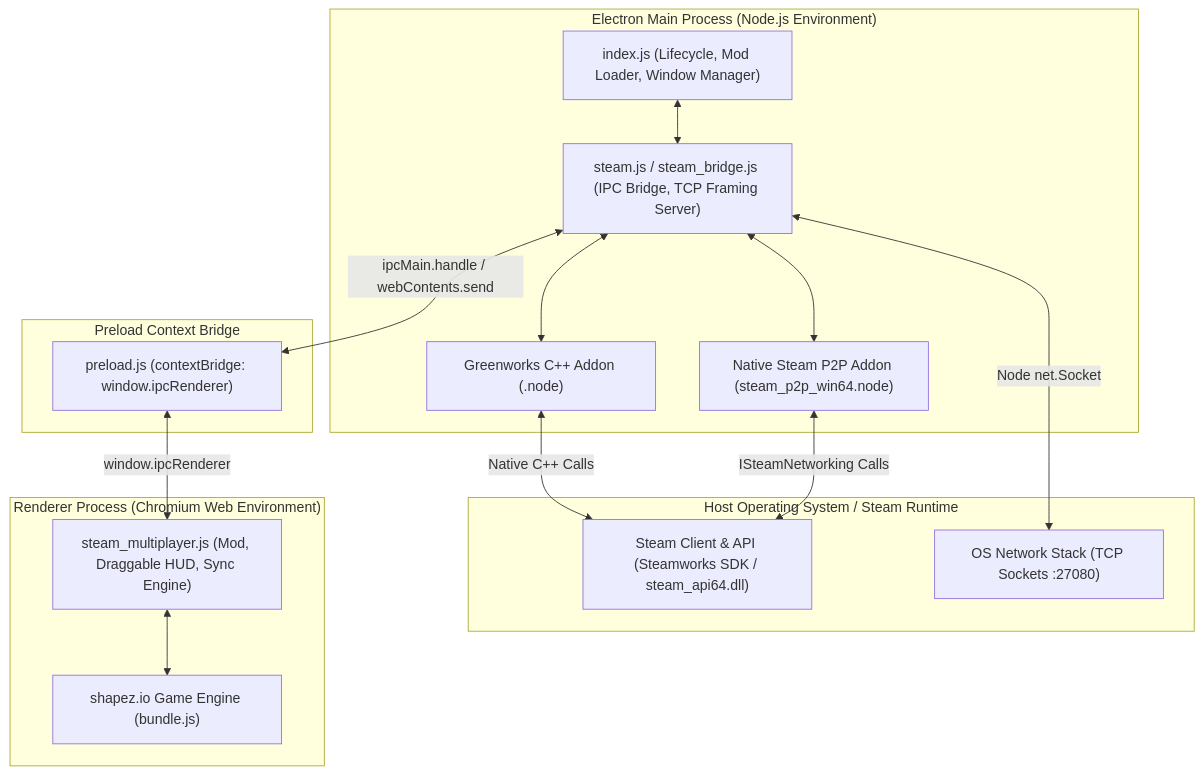
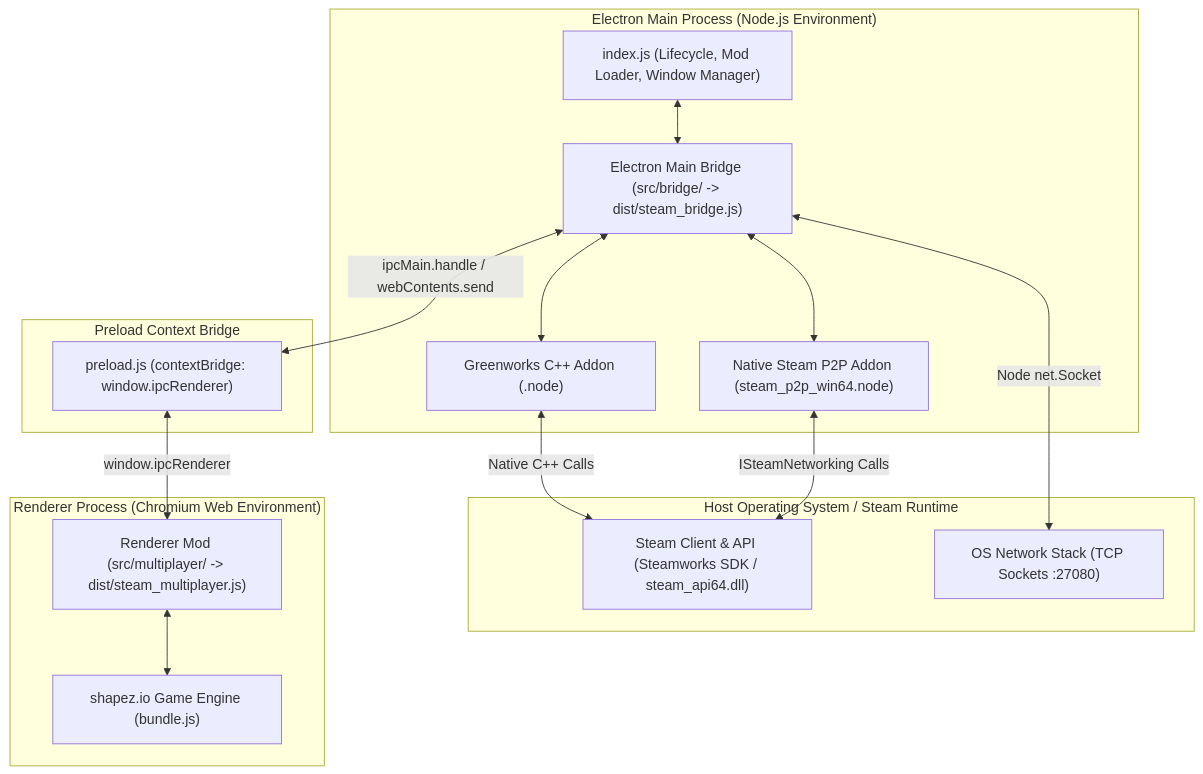
One commit to mjyousif/shapez-steam-multiplayer-mod changed the first of 2 diagrams in docs/technical-design/architecture.md. Above: the diagram before and after it, drawn with Mermaid. The commit also changed other lines of this file and 8 other files, not shown here.

````diff
--- a/docs/technical-design/architecture.md
+++ b/docs/technical-design/architecture.md
@@ -9,36 +9,36 @@
 ```mermaid
 flowchart TB
     subgraph HostSystem["Host Operating System / Steam Runtime"]
         SteamClient["Steam Client & API (Steamworks SDK / steam_api64.dll)"]
         OSNetwork["OS Network Stack (TCP Sockets :27080)"]
     end
 
     subgraph ElectronMain["Electron Main Process (Node.js Environment)"]
         IndexJS["index.js (Lifecycle, Mod Loader, Window Manager)"]
-        SteamJS["steam.js / steam_bridge.js (IPC Bridge, TCP Framing Server)"]
+        SteamJS["Electron Main Bridge (src/bridge/ -> dist/steam_bridge.js)"]
         Greenworks["Greenworks C++ Addon (.node)"]
         SteamP2P["Native Steam P2P Addon (steam_p2p_win64.node)"]
 
         IndexJS <--> SteamJS
         SteamJS <--> Greenworks
         SteamJS <--> SteamP2P
     end
 
     subgraph Preload["Preload Context Bridge"]
         PreloadJS["preload.js (contextBridge: window.ipcRenderer)"]
     end
 
     subgraph RendererProcess["Renderer Process (Chromium Web Environment)"]
         GameEngine["shapez.io Game Engine (bundle.js)"]
-        MultiplayerMod["steam_multiplayer.js (Mod, Draggable HUD, Sync Engine)"]
+        MultiplayerMod["Renderer Mod (src/multiplayer/ -> dist/steam_multiplayer.js)"]
 
         MultiplayerMod <--> GameEngine
     end
 
     Greenworks <--> |Native C++ Calls| SteamClient
     SteamP2P <--> |ISteamNetworking Calls| SteamClient
     SteamJS <--> |Node net.Socket| OSNetwork
 
     SteamJS <--> |ipcMain.handle / webContents.send| PreloadJS
     PreloadJS <--> |window.ipcRenderer| MultiplayerMod
 ```
````
